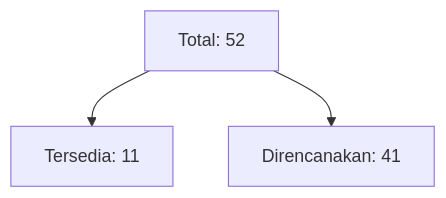
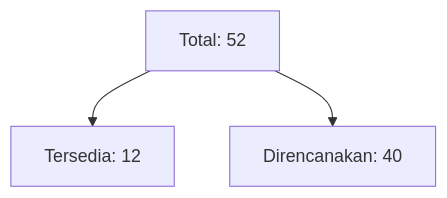
The third of 4 diagrams in README.md (petrushandika/Bioinformatics), drawn with Mermaid before and after one commit. The commit also changed other lines of this file and 8 other files, not shown here.

````diff
--- a/README.md
+++ b/README.md
@@ -174,5 +174,5 @@
 ```mermaid
 flowchart TD
-    Total["Total: 52"] --> Selesai["Tersedia: 11"]
-    Total --> Pending["Direncanakan: 41"]
+    Total["Total: 52"] --> Selesai["Tersedia: 12"]
+    Total --> Pending["Direncanakan: 40"]
 ```
````
